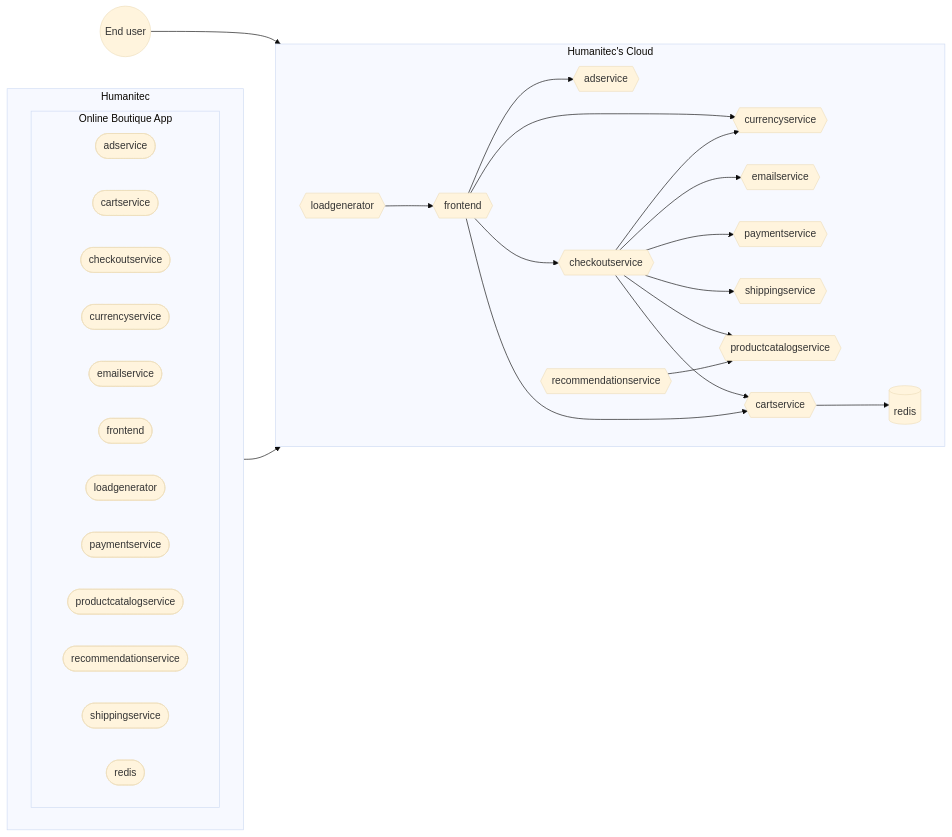
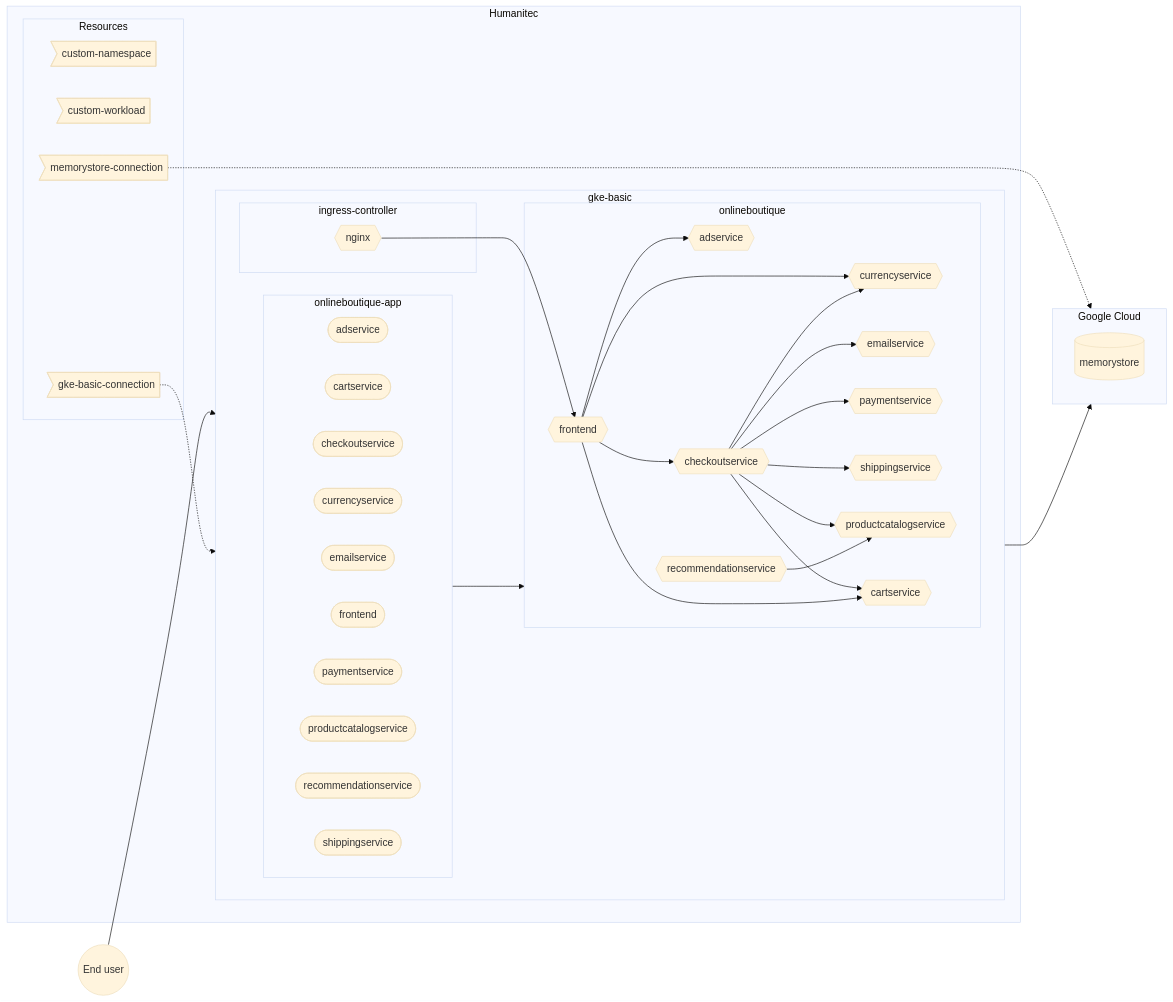
One commit to mathieu-benoit/hello-humanitec changed the diagram in docs/humanitec-default.md. Above: the diagram before and after it, drawn with Mermaid (base theme). The commit also changed other lines of this file and 3 other files, not shown here.

Commit message:
review gke-basic diagram

````diff
--- a/docs/humanitec-default.md
+++ b/docs/humanitec-default.md
@@ -6,39 +6,54 @@
 ```mermaid
 flowchart LR
   subgraph Humanitec
-    direction LR
-    subgraph onlineboutique [Online Boutique App]
+    subgraph gke-basic
         direction LR
-        adservice-workload([adservice])
-        cartservice-workload([cartservice])
-        checkoutservice-workload([checkoutservice])
-        currencyservice-workload([currencyservice])
-        emailservice-workload([emailservice])
-        frontend-workload([frontend])
-        loadgenerator-workload([loadgenerator])
-        paymentservice-workload([paymentservice])
-        productcatalogservice-workload([productcatalogservice])
-        recommendationservice-workload([recommendationservice])
-        shippingservice-workload([shippingservice])
-        redis-workload([redis])
+        subgraph onlineboutique-app
+            direction LR
+            adservice-workload([adservice])
+            cartservice-workload([cartservice])
+            checkoutservice-workload([checkoutservice])
+            currencyservice-workload([currencyservice])
+            emailservice-workload([emailservice])
+            frontend-workload([frontend])
+            paymentservice-workload([paymentservice])
+            productcatalogservice-workload([productcatalogservice])
+            recommendationservice-workload([recommendationservice])
+            shippingservice-workload([shippingservice])
+        end
+    end
+    subgraph Resources
+        custom-namespace>custom-namespace]
+        custom-workload>custom-workload]
+        gke-basic-connection>gke-basic-connection]
+        memorystore-connection>memorystore-connection]
     end
   end
-  subgraph cloud [Humanitec's Cloud]
-      direction LR
-      frontend{{frontend}}-->adservice{{adservice}}
-      frontend-->checkoutservice{{checkoutservice}}
-      frontend-->currencyservice{{currencyservice}}
-      checkoutservice-->emailservice{{emailservice}}
-      checkoutservice-->paymentservice{{paymentservice}}
-      checkoutservice-->currencyservice
-      checkoutservice-->shippingservice{{shippingservice}}
-      checkoutservice-->productcatalogservice{{productcatalogservice}}
-      checkoutservice-->cartservice{{cartservice}}
-      frontend-->cartservice
-      loadgenerator{{loadgenerator}}-->frontend
-      recommendationservice{{recommendationservice}}-->productcatalogservice
-      cartservice-->redis[(redis)]
+  subgraph Google Cloud
+    direction TB
+    subgraph gke-basic
+        subgraph ingress-controller
+            nginx{{nginx}}
+        end
+        subgraph onlineboutique
+            frontend{{frontend}}-->adservice{{adservice}}
+            frontend-->checkoutservice{{checkoutservice}}
+            frontend-->currencyservice{{currencyservice}}
+            checkoutservice-->emailservice{{emailservice}}
+            checkoutservice-->paymentservice{{paymentservice}}
+            checkoutservice-->currencyservice
+            checkoutservice-->shippingservice{{shippingservice}}
+            checkoutservice-->productcatalogservice{{productcatalogservice}}
+            checkoutservice-->cartservice{{cartservice}}
+            frontend-->cartservice
+            recommendationservice{{recommendationservice}}-->productcatalogservice
+        end
+        nginx-->frontend
+    end
+    gke-basic-connection-.->gke-basic
+    memorystore-connection-.->memorystore[(memorystore)]
+    onlineboutique-app-->onlineboutique
+    cartservice-->memorystore
   end
-  Humanitec-->cloud
   enduser((End user))-->frontend
 ```
````
